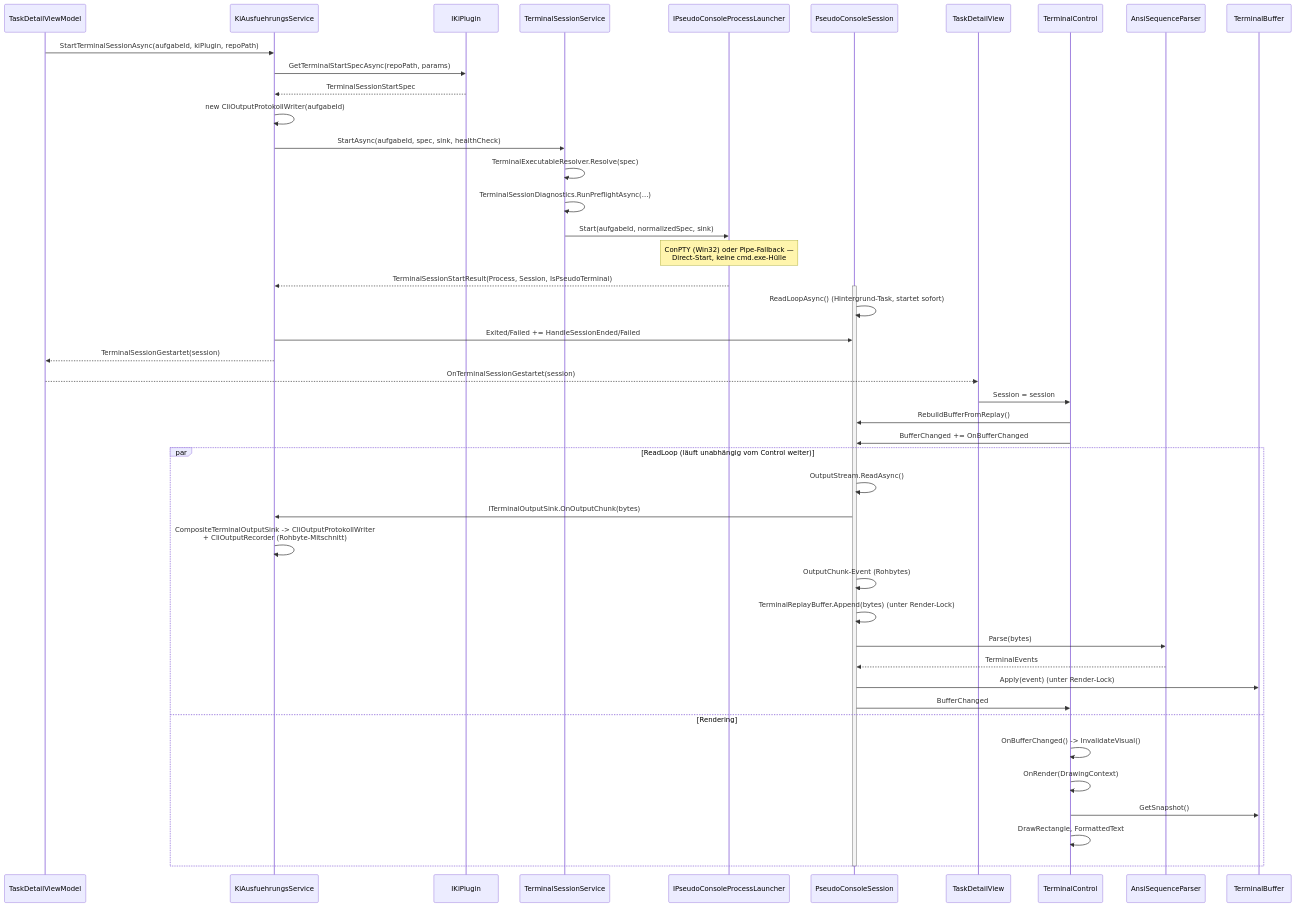
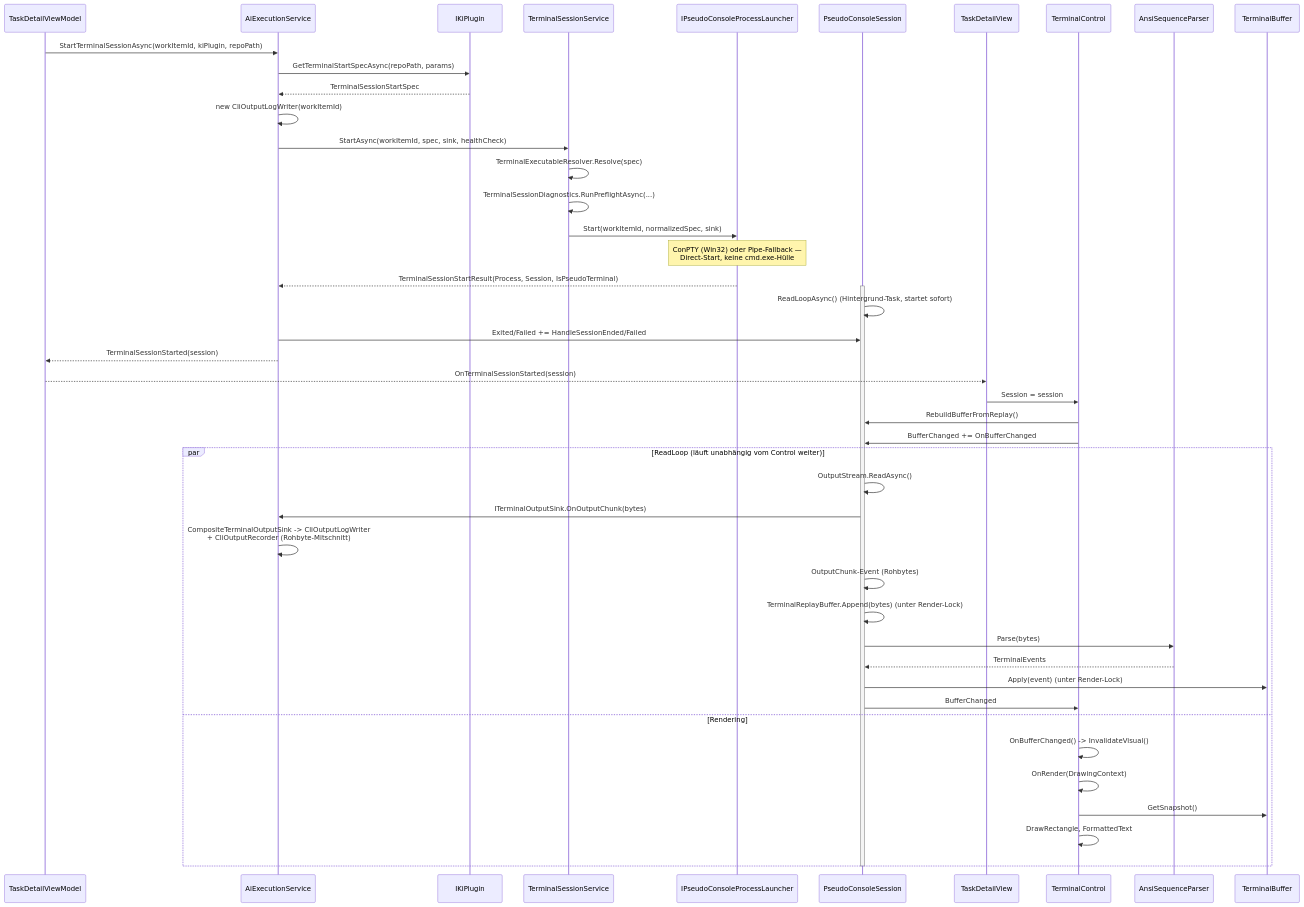
Before and after one commit to martin-stromberg/Softwareschmiede: the diagram in docs/help/terminal/ablauf-technisch.md, drawn with Mermaid. The commit also changed other lines of this file and 76 other files, not shown here.

````diff
--- a/docs/help/terminal/ablauf-technisch.md
+++ b/docs/help/terminal/ablauf-technisch.md
@@ -361,49 +361,49 @@
 ```mermaid
 sequenceDiagram
     participant VM as TaskDetailViewModel
-    participant SVC as KiAusfuehrungsService
+    participant SVC as AiExecutionService
     participant PLUGIN as IKiPlugin
     participant FACTORY as TerminalSessionService
     participant LAUNCHER as IPseudoConsoleProcessLauncher
     participant SESSION as PseudoConsoleSession
     participant VIEW as TaskDetailView
     participant CTRL as TerminalControl
     participant PARSER as AnsiSequenceParser
     participant BUF as TerminalBuffer
 
-    VM->>SVC: StartTerminalSessionAsync(aufgabeId, kiPlugin, repoPath)
+    VM->>SVC: StartTerminalSessionAsync(workItemId, kiPlugin, repoPath)
     SVC->>PLUGIN: GetTerminalStartSpecAsync(repoPath, params)
     PLUGIN-->>SVC: TerminalSessionStartSpec
-    SVC->>SVC: new CliOutputProtokollWriter(aufgabeId)
-    SVC->>FACTORY: StartAsync(aufgabeId, spec, sink, healthCheck)
+    SVC->>SVC: new CliOutputLogWriter(workItemId)
+    SVC->>FACTORY: StartAsync(workItemId, spec, sink, healthCheck)
     FACTORY->>FACTORY: TerminalExecutableResolver.Resolve(spec)
     FACTORY->>FACTORY: TerminalSessionDiagnostics.RunPreflightAsync(...)
-    FACTORY->>LAUNCHER: Start(aufgabeId, normalizedSpec, sink)
+    FACTORY->>LAUNCHER: Start(workItemId, normalizedSpec, sink)
     Note over LAUNCHER: ConPTY (Win32) oder Pipe-Fallback —<br/>Direct-Start, keine cmd.exe-Hülle
     LAUNCHER-->>SVC: TerminalSessionStartResult(Process, Session, IsPseudoTerminal)
     activate SESSION
     SESSION->>SESSION: ReadLoopAsync() (Hintergrund-Task, startet sofort)
     SVC->>SESSION: Exited/Failed += HandleSessionEnded/Failed
-    SVC-->>VM: TerminalSessionGestartet(session)
-    VM-->>VIEW: OnTerminalSessionGestartet(session)
+    SVC-->>VM: TerminalSessionStarted(session)
+    VM-->>VIEW: OnTerminalSessionStarted(session)
     VIEW->>CTRL: Session = session
     CTRL->>SESSION: RebuildBufferFromReplay()
     CTRL->>SESSION: BufferChanged += OnBufferChanged
     par ReadLoop (läuft unabhängig vom Control weiter)
         SESSION->>SESSION: OutputStream.ReadAsync()
         SESSION->>SVC: ITerminalOutputSink.OnOutputChunk(bytes)
-        SVC->>SVC: CompositeTerminalOutputSink -> CliOutputProtokollWriter<br/>+ CliOutputRecorder (Rohbyte-Mitschnitt)
+        SVC->>SVC: CompositeTerminalOutputSink -> CliOutputLogWriter<br/>+ CliOutputRecorder (Rohbyte-Mitschnitt)
         SESSION->>SESSION: OutputChunk-Event (Rohbytes)
         SESSION->>SESSION: TerminalReplayBuffer.Append(bytes) (unter Render-Lock)
         SESSION->>PARSER: Parse(bytes)
         PARSER-->>SESSION: TerminalEvents
         SESSION->>BUF: Apply(event) (unter Render-Lock)
         SESSION->>CTRL: BufferChanged
     and Rendering
         CTRL->>CTRL: OnBufferChanged() -> InvalidateVisual()
         CTRL->>CTRL: OnRender(DrawingContext)
         CTRL->>BUF: GetSnapshot()
         CTRL->>CTRL: DrawRectangle, FormattedText
     end
     deactivate SESSION
 ```
````
